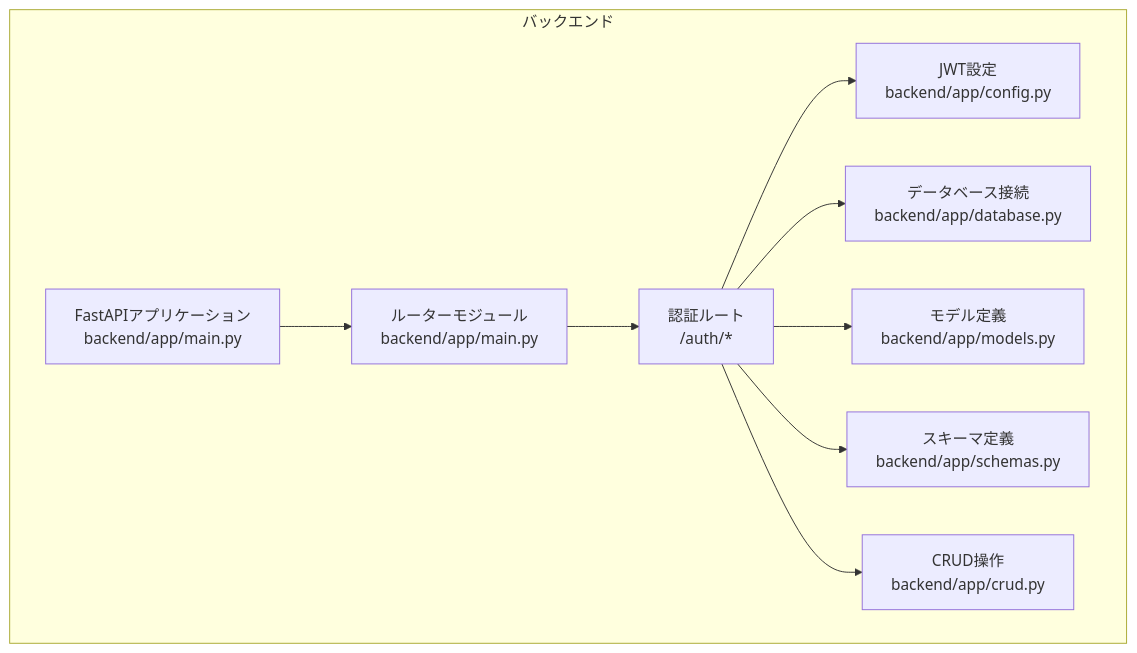
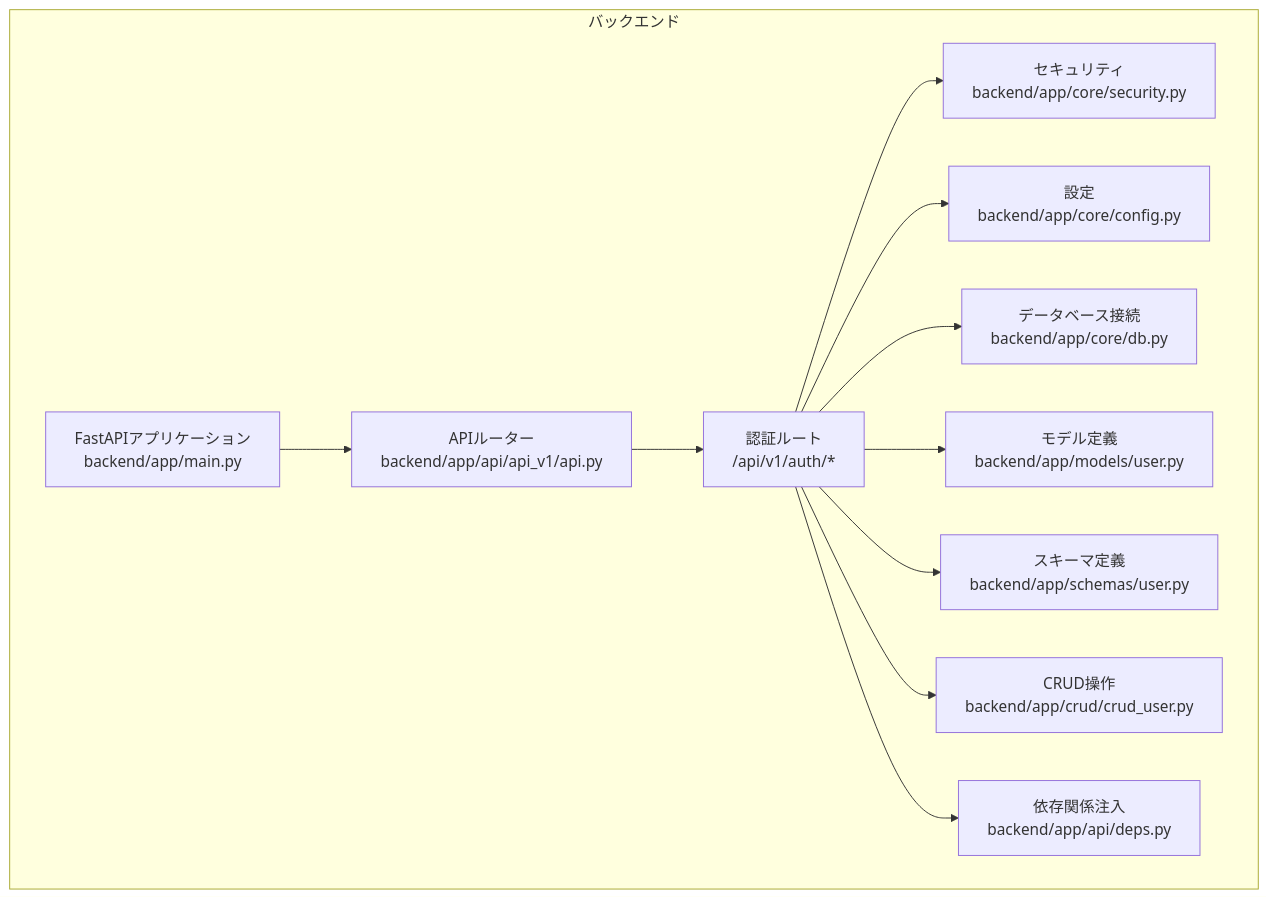
The first of 3 diagrams in .qoder/repowiki/ja/content/APIリファレンス/認証API.md (ss8806/Todos), drawn with Mermaid before and after one commit. The commit also changed other lines of this file and 6 other files, not shown here.

````diff
--- a/.qoder/repowiki/ja/content/APIリファレンス/認証API.md
+++ b/.qoder/repowiki/ja/content/APIリファレンス/認証API.md
@@ -35,20 +46,24 @@
 ```mermaid
 graph TB
 subgraph "バックエンド"
 APP["FastAPIアプリケーション<br/>backend/app/main.py"]
-ROUTER["ルーターモジュール<br/>backend/app/main.py"]
-AUTH["認証ルート<br/>/auth/*"]
-JWT["JWT設定<br/>backend/app/config.py"]
-DB["データベース接続<br/>backend/app/database.py"]
-MODELS["モデル定義<br/>backend/app/models.py"]
-SCHEMAS["スキーマ定義<br/>backend/app/schemas.py"]
-CRUD["CRUD操作<br/>backend/app/crud.py"]
+ROUTER["APIルーター<br/>backend/app/api/api_v1/api.py"]
+AUTH["認証ルート<br/>/api/v1/auth/*"]
+SECURITY["セキュリティ<br/>backend/app/core/security.py"]
+CONFIG["設定<br/>backend/app/core/config.py"]
+DB["データベース接続<br/>backend/app/core/db.py"]
+MODELS["モデル定義<br/>backend/app/models/user.py"]
+SCHEMAS["スキーマ定義<br/>backend/app/schemas/user.py"]
+CRUD["CRUD操作<br/>backend/app/crud/crud_user.py"]
+DEPS["依存関係注入<br/>backend/app/api/deps.py"]
 end
 APP --> ROUTER
 ROUTER --> AUTH
-AUTH --> JWT
+AUTH --> SECURITY
+AUTH --> CONFIG
 AUTH --> DB
 AUTH --> MODELS
 AUTH --> SCHEMAS
 AUTH --> CRUD
+AUTH --> DEPS
 ```
````
